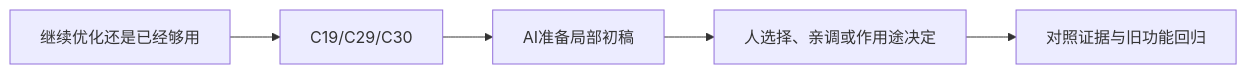
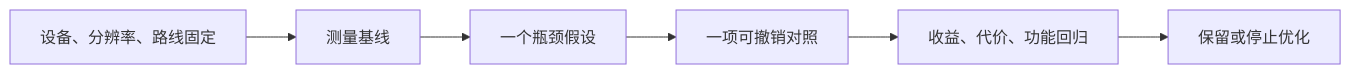
The diagram in curriculum/lessons/I07.md (Zilur/ai-3d-game-learning), drawn with Mermaid before and after one commit. The commit also changed other lines of this file and 164 other files, not shown here.

Commit message:
docs: publish 47 step-by-step AI lesson flows, world upgrade and optional training corner

````diff
--- a/curriculum/lessons/I07.md
+++ b/curriculum/lessons/I07.md
@@ -38,7 +35,8 @@
 ```mermaid
 flowchart LR
-  S["继续优化还是已经够用"] --> K["C19/C29/C30"]
-  K --> AI["AI准备局部初稿"]
-  AI --> H["人选择、亲调或作用途决定"]
-  H --> V["对照证据与旧功能回归"]
+ C["设备、分辨率、路线固定"] --> B["测量基线"]
+ B --> H["一个瓶颈假设"]
+ H --> X["一项可撤销对照"]
+ X --> D["收益、代价、功能回归"]
+ D --> K["保留或停止优化"]
 ```
````
